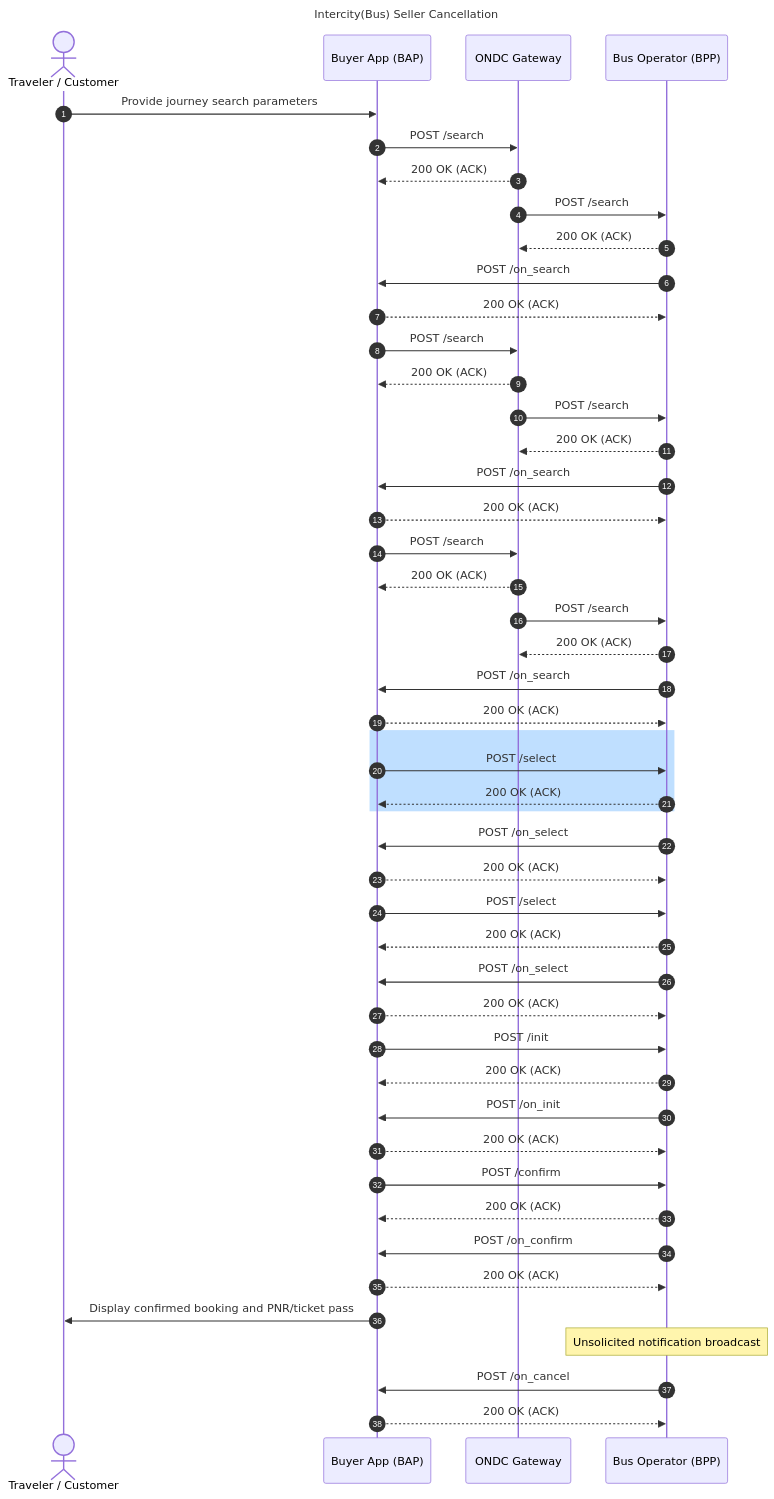
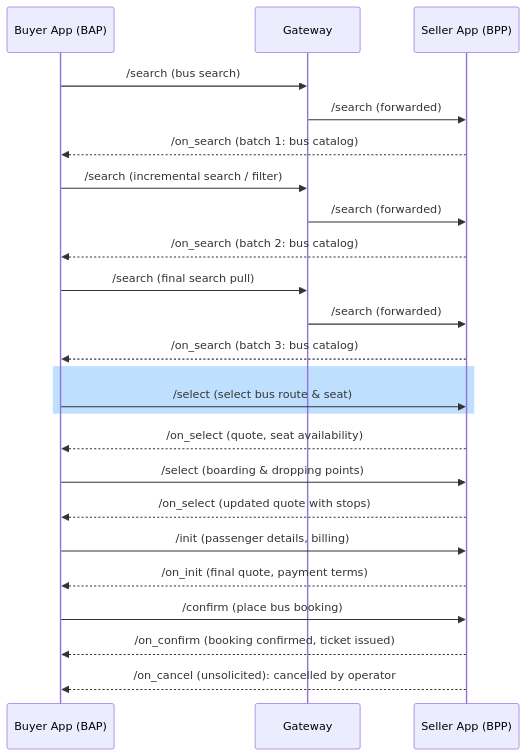
One commit to ONDC-Official/automation-specifications changed the seventh of 15 diagrams in config/docs/intercity-bus-seller-cancellation-sequence-diagrams.md. Above: the diagram before and after it, drawn with Mermaid. The commit also changed other lines of this file and 23 other files, not shown here.

````diff
--- a/config/docs/intercity-bus-seller-cancellation-sequence-diagrams.md
+++ b/config/docs/intercity-bus-seller-cancellation-sequence-diagrams.md
@@ -337,51 +186,26 @@
 ```mermaid
 sequenceDiagram
-    title Intercity(Bus) Seller Cancellation
-    autonumber
-    actor User as Traveler / Customer
-    participant BAP as Buyer App (BAP)
-    participant BG as ONDC Gateway
-    participant BPP as Bus Operator (BPP)
-
-    User->>BAP: Provide journey search parameters
-    BAP->>BG: POST /search
-    BG-->>BAP: 200 OK (ACK)
-    BG->>BPP: POST /search
-    BPP-->>BG: 200 OK (ACK)
-    BPP->>BAP: POST /on_search
-    BAP-->>BPP: 200 OK (ACK)
-    BAP->>BG: POST /search
-    BG-->>BAP: 200 OK (ACK)
-    BG->>BPP: POST /search
-    BPP-->>BG: 200 OK (ACK)
-    BPP->>BAP: POST /on_search
-    BAP-->>BPP: 200 OK (ACK)
-    BAP->>BG: POST /search
-    BG-->>BAP: 200 OK (ACK)
-    BG->>BPP: POST /search
-    BPP-->>BG: 200 OK (ACK)
-    BPP->>BAP: POST /on_search
-    BAP-->>BPP: 200 OK (ACK)
-    rect rgb(191, 223, 255)
-    BAP->>BPP: POST /select
-    BPP-->>BAP: 200 OK (ACK)
-    end
-    BPP->>BAP: POST /on_select
-    BAP-->>BPP: 200 OK (ACK)
-    BAP->>BPP: POST /select
-    BPP-->>BAP: 200 OK (ACK)
-    BPP->>BAP: POST /on_select
-    BAP-->>BPP: 200 OK (ACK)
-    BAP->>BPP: POST /init
-    BPP-->>BAP: 200 OK (ACK)
-    BPP->>BAP: POST /on_init
-    BAP-->>BPP: 200 OK (ACK)
-    BAP->>BPP: POST /confirm
-    BPP-->>BAP: 200 OK (ACK)
-    BPP->>BAP: POST /on_confirm
-    BAP-->>BPP: 200 OK (ACK)
-    BAP->>User: Display confirmed booking and PNR/ticket pass
-    Note over BPP: Unsolicited notification broadcast
-    BPP->>BAP: POST /on_cancel
-    BAP-->>BPP: 200 OK (ACK)
+  participant Buyer App (BAP)
+  participant Gateway
+  participant Seller App (BPP)
+  Buyer App (BAP)->>Gateway: /search (bus search)
+  Gateway->>Seller App (BPP): /search (forwarded)
+  Seller App (BPP)-->>Buyer App (BAP): /on_search (batch 1: bus catalog)
+  Buyer App (BAP)->>Gateway: /search (incremental search / filter)
+  Gateway->>Seller App (BPP): /search (forwarded)
+  Seller App (BPP)-->>Buyer App (BAP): /on_search (batch 2: bus catalog)
+  Buyer App (BAP)->>Gateway: /search (final search pull)
+  Gateway->>Seller App (BPP): /search (forwarded)
+  Seller App (BPP)-->>Buyer App (BAP): /on_search (batch 3: bus catalog)
+  rect rgb(191, 223, 255)
+  Buyer App (BAP)->>Seller App (BPP): /select (select bus route & seat)
+  end
+  Seller App (BPP)-->>Buyer App (BAP): /on_select (quote, seat availability)
+  Buyer App (BAP)->>Seller App (BPP): /select (boarding & dropping points)
+  Seller App (BPP)-->>Buyer App (BAP): /on_select (updated quote with stops)
+  Buyer App (BAP)->>Seller App (BPP): /init (passenger details, billing)
+  Seller App (BPP)-->>Buyer App (BAP): /on_init (final quote, payment terms)
+  Buyer App (BAP)->>Seller App (BPP): /confirm (place bus booking)
+  Seller App (BPP)-->>Buyer App (BAP): /on_confirm (booking confirmed, ticket issued)
+  Seller App (BPP)-->>Buyer App (BAP): /on_cancel (unsolicited): cancelled by operator
 ```
````
